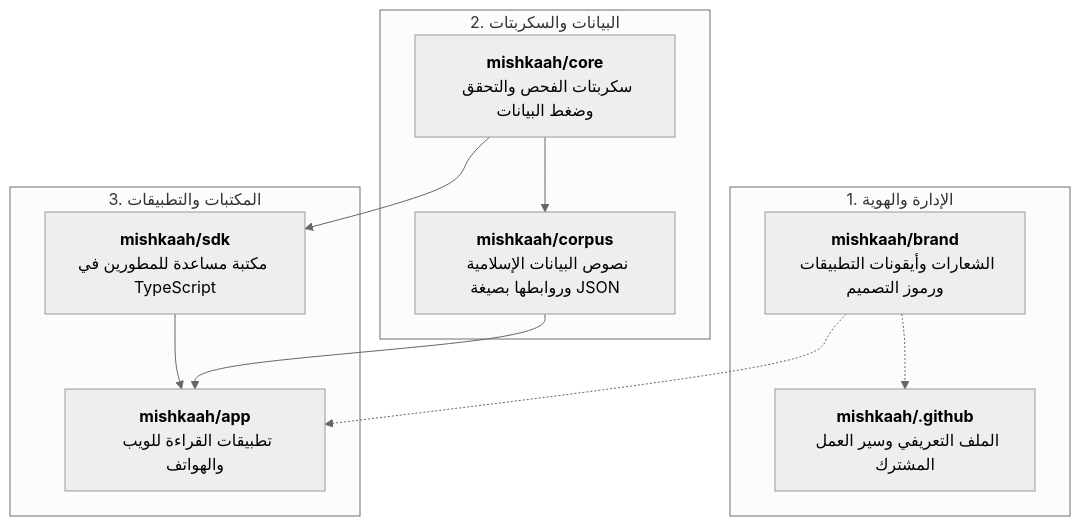
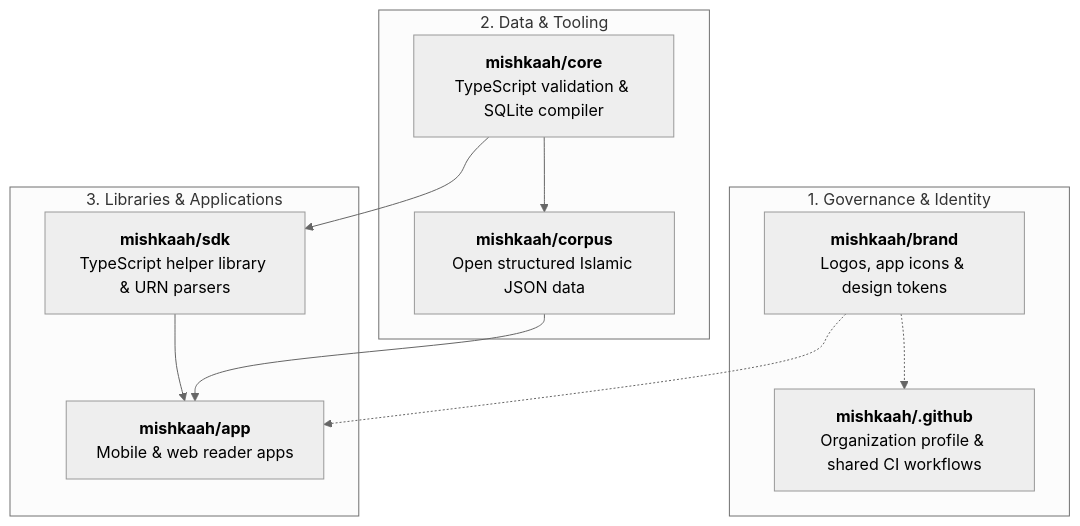
The diagram in README.md (mishkaah/.github), drawn with Mermaid (neutral theme) before and after one commit. The commit also changed other lines of this file and 3 other files, not shown here.

````diff
--- a/README.md
+++ b/README.md
@@ -81,24 +93,24 @@
 ```mermaid
 flowchart TD
-    subgraph DocsAndIdentity["1. الإدارة والهوية"]
-        DOTGITHUB["<b>mishkaah/.github</b><br/>الملف التعريفي وسير العمل المشترك"]
-        BRAND["<b>mishkaah/brand</b><br/>الشعارات وأيقونات التطبيقات ورموز التصميم"]
+    subgraph Governance["1. Governance & Identity"]
+        DOTGITHUB["<b>mishkaah/.github</b><br/>Organization profile & shared CI workflows"]
+        BRAND["<b>mishkaah/brand</b><br/>Logos, app icons & design tokens"]
     end
 
-    subgraph DataAndCore["2. البيانات والسكربتات"]
-        CORPUS["<b>mishkaah/corpus</b><br/>نصوص البيانات الإسلامية وروابطها بصيغة JSON"]
-        CORE["<b>mishkaah/core</b><br/>سكربتات الفحص والتحقق وضغط البيانات"]
+    subgraph DataAndCore["2. Data & Tooling"]
+        CORPUS["<b>mishkaah/corpus</b><br/>Open structured Islamic JSON data"]
+        CORE["<b>mishkaah/core</b><br/>TypeScript validation & SQLite compiler"]
     end
 
-    subgraph LibrariesAndApps["3. المكتبات والتطبيقات"]
-        SDK["<b>mishkaah/sdk</b><br/>مكتبة مساعدة للمطورين في TypeScript"]
-        APP["<b>mishkaah/app</b><br/>تطبيقات القراءة للويب والهواتف"]
+    subgraph LibrariesAndApps["3. Libraries & Applications"]
+        SDK["<b>mishkaah/sdk</b><br/>TypeScript helper library & URN parsers"]
+        APP["<b>mishkaah/app</b><br/>Mobile & web reader apps"]
     end
 
     BRAND -.-> DOTGITHUB
     BRAND -.-> APP
     CORE --> CORPUS
     CORE --> SDK
     SDK --> APP
     CORPUS --> APP
 ```
````
